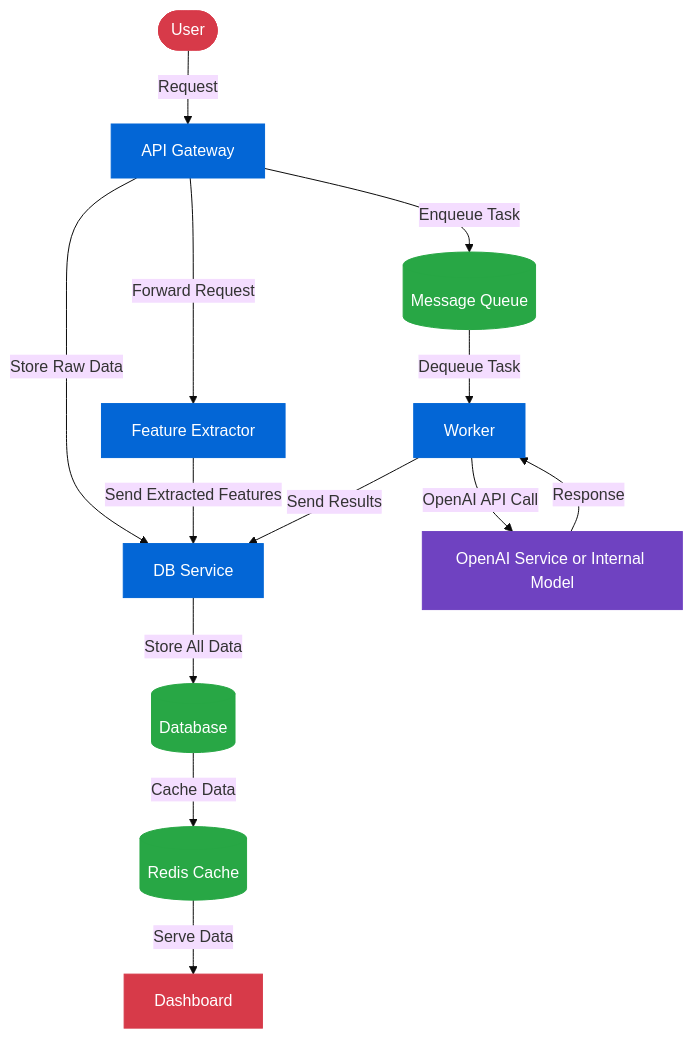
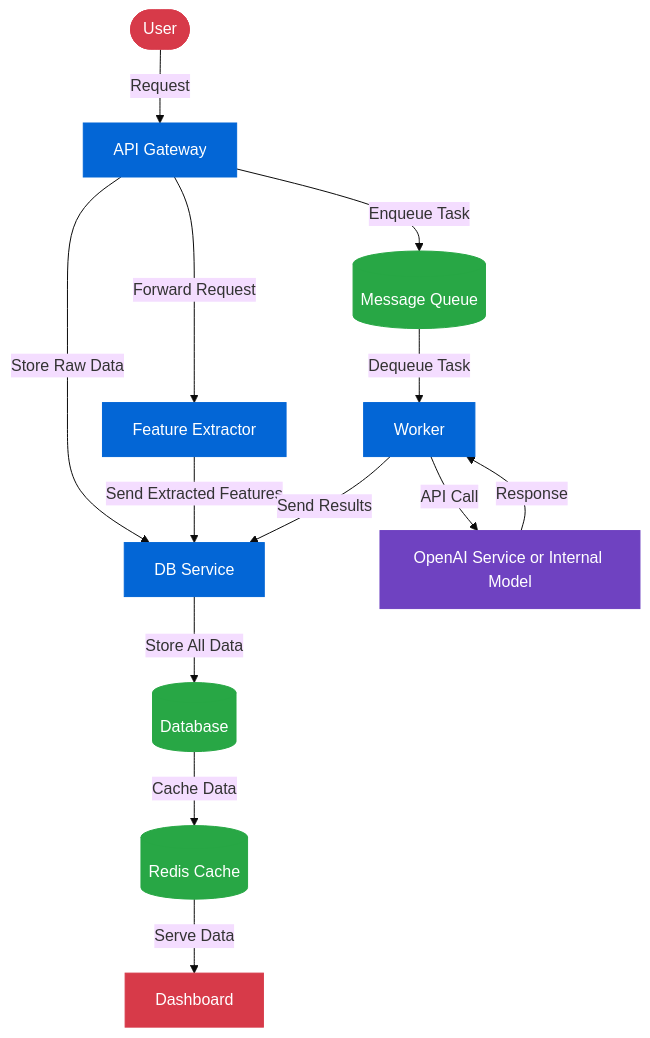
One commit to Ralo93/CustomerAnalyticsDashboard changed the third of 3 diagrams in README.md. Above: the diagram before and after it, drawn with Mermaid (base theme).

````diff
--- a/README.md
+++ b/README.md
@@ -145,35 +145,35 @@
 ```mermaid
 flowchart TD
     User([User]) -->|Request| API[API Gateway]
     
     API -->|Forward Request| FE[Feature Extractor]
     API -->|Enqueue Task| MQ[(Message Queue)]
     API -->|Store Raw Data| DBS[DB Service]
     
     FE -->|Send Extracted Features| DBS
     
     MQ -->|Dequeue Task| Worker[Worker]
     
-    Worker -->|OpenAI API Call| OpenAI[OpenAI Service or Internal Model] 
+    Worker -->|API Call| OpenAI[OpenAI Service or Internal Model] 
     OpenAI -->|Response| Worker
     
     Worker -->|Send Results| DBS
     
     DBS -->|Store All Data| DB[(Database)]
     
     DB -->|Cache Data| Redis[(Redis Cache)]
     
     Redis -->|Serve Data| Dashboard[Dashboard]
     
     %% GitHub-friendly styling
     classDef default fill:#f9f9f9,stroke:#999,stroke-width:1px,color:#333
     classDef service fill:#0366d6,stroke:#0366d6,color:white
     classDef storage fill:#28a745,stroke:#28a745,color:white
     classDef external fill:#6f42c1,stroke:#6f42c1,color:white
     classDef user fill:#d73a49,stroke:#d73a49,color:white
     
     class API,FE,Worker,DBS service
     class DB,Redis,MQ storage
     class OpenAI external
     class User,Dashboard user
 ```
````
